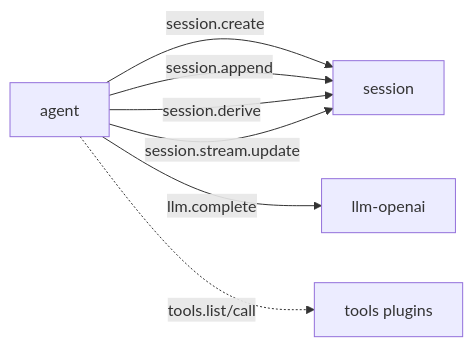
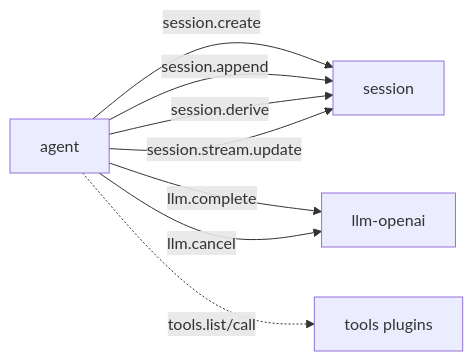
The diagram in plugins/agent/communication.md (Alphazer01214/my-go-lite-agent), drawn with Mermaid before and after one commit. The commit also changed other lines of this file and 48 other files, not shown here.

````diff
--- a/plugins/agent/communication.md
+++ b/plugins/agent/communication.md
@@ -104,9 +106,10 @@
 ```mermaid
 flowchart LR
     A[agent] -->|session.create| S[session]
     A -->|session.append| S
     A -->|session.derive| S
     A -->|session.stream.update| S
-    A -->|llm.complete| L[llm-openai]
+    A -->|llm.complete| L
+  A -->|llm.cancel| L[llm-openai]
     A -.->|tools.list/call| T[tools plugins]
 ```
````
